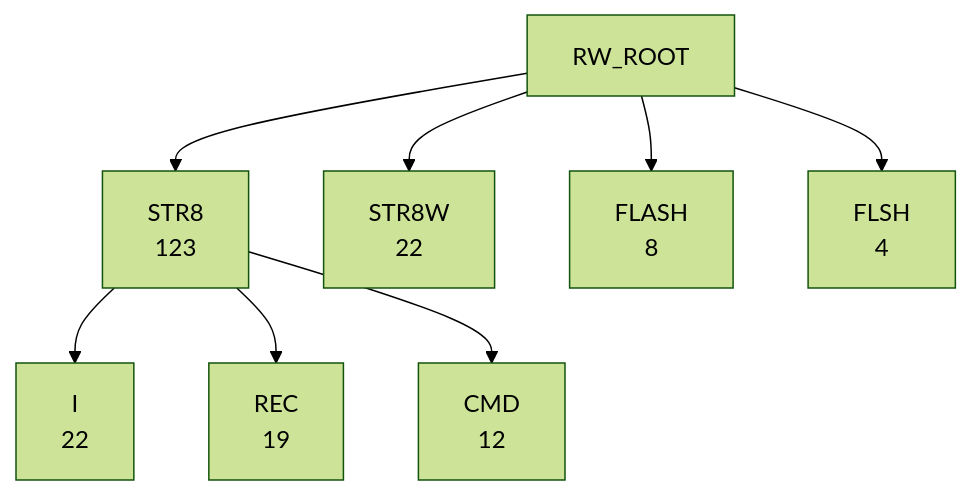
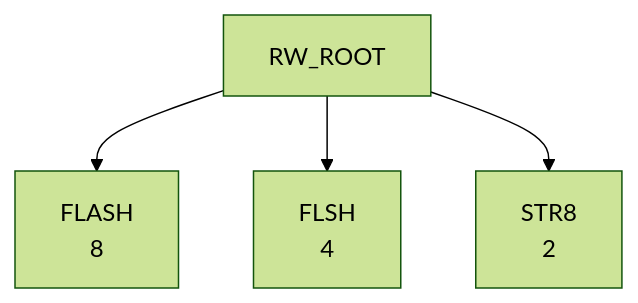
One commit to 95westus/R-YORS changed the sixth of 7 diagrams in DOC/GENERATED/ROUTINE_WORD_TREE.md. Above: the diagram before and after it, drawn with Mermaid (forest theme). The commit also changed other lines of this file and 65 other files, not shown here.

````diff
--- a/DOC/GENERATED/ROUTINE_WORD_TREE.md
+++ b/DOC/GENERATED/ROUTINE_WORD_TREE.md
@@ -77,10 +87,6 @@
 ```mermaid
 flowchart TD
-    RW_ROOT --> RW_STR8["STR8<br/>123"]
-    RW_ROOT --> RW_STR8W["STR8W<br/>22"]
     RW_ROOT --> RW_FLASH["FLASH<br/>8"]
     RW_ROOT --> RW_FLSH["FLSH<br/>4"]
-    RW_STR8 --> RW_STR8_I["I<br/>22"]
-    RW_STR8 --> RW_STR8_REC["REC<br/>19"]
-    RW_STR8 --> RW_STR8_CMD["CMD<br/>12"]
+    RW_ROOT --> RW_STR8["STR8<br/>2"]
 ```
````
